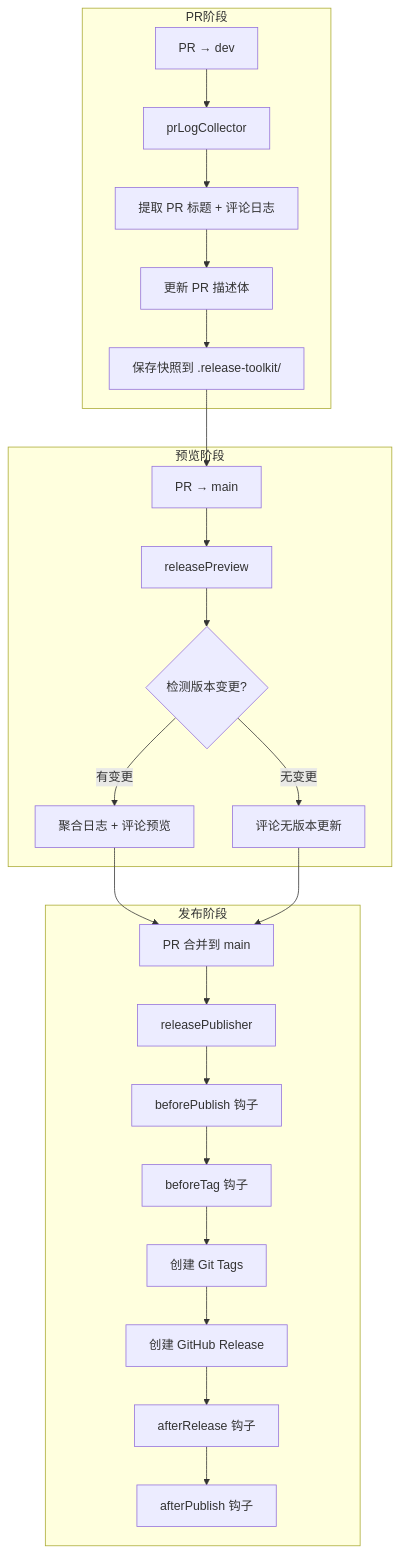
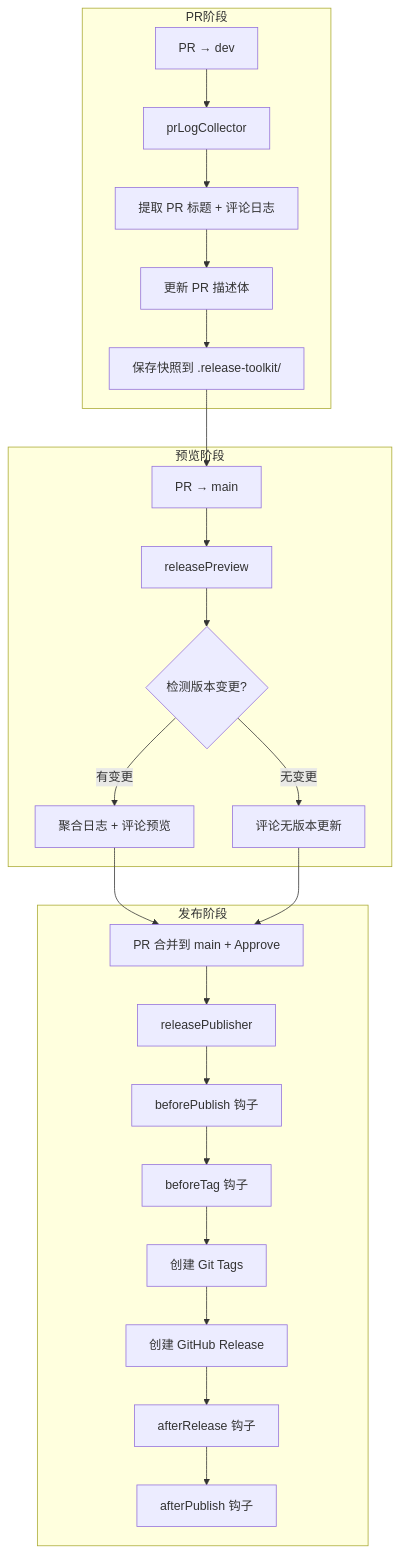
The first of 3 diagrams in README.md (release-toolkit/release-toolkit), drawn with Mermaid before and after one commit. The commit also changed 5 other files, not shown here.

````diff
--- a/README.md
+++ b/README.md
@@ -7,30 +7,30 @@
 ```mermaid
 flowchart TD
     subgraph PR阶段
         A[PR → dev] --> B[prLogCollector]
         B --> B1[提取 PR 标题 + 评论日志]
         B1 --> B2[更新 PR 描述体]
         B2 --> B3[保存快照到 .release-toolkit/]
     end
 
     subgraph 预览阶段
         C[PR → main] --> D[releasePreview]
         D --> D1{检测版本变更?}
         D1 -->|有变更| D2[聚合日志 + 评论预览]
         D1 -->|无变更| D3[评论无版本更新]
     end
 
     subgraph 发布阶段
-        E[PR 合并到 main] --> F[releasePublisher]
+        E[PR 合并到 main + Approve] --> F[releasePublisher]
         F --> F1[beforePublish 钩子]
         F1 --> F2[beforeTag 钩子]
         F2 --> F3[创建 Git Tags]
         F3 --> F4[创建 GitHub Release]
         F4 --> F5[afterRelease 钩子]
         F5 --> F6[afterPublish 钩子]
     end
 
     B3 --> C
     D2 --> E
     D3 --> E
 ```
````
